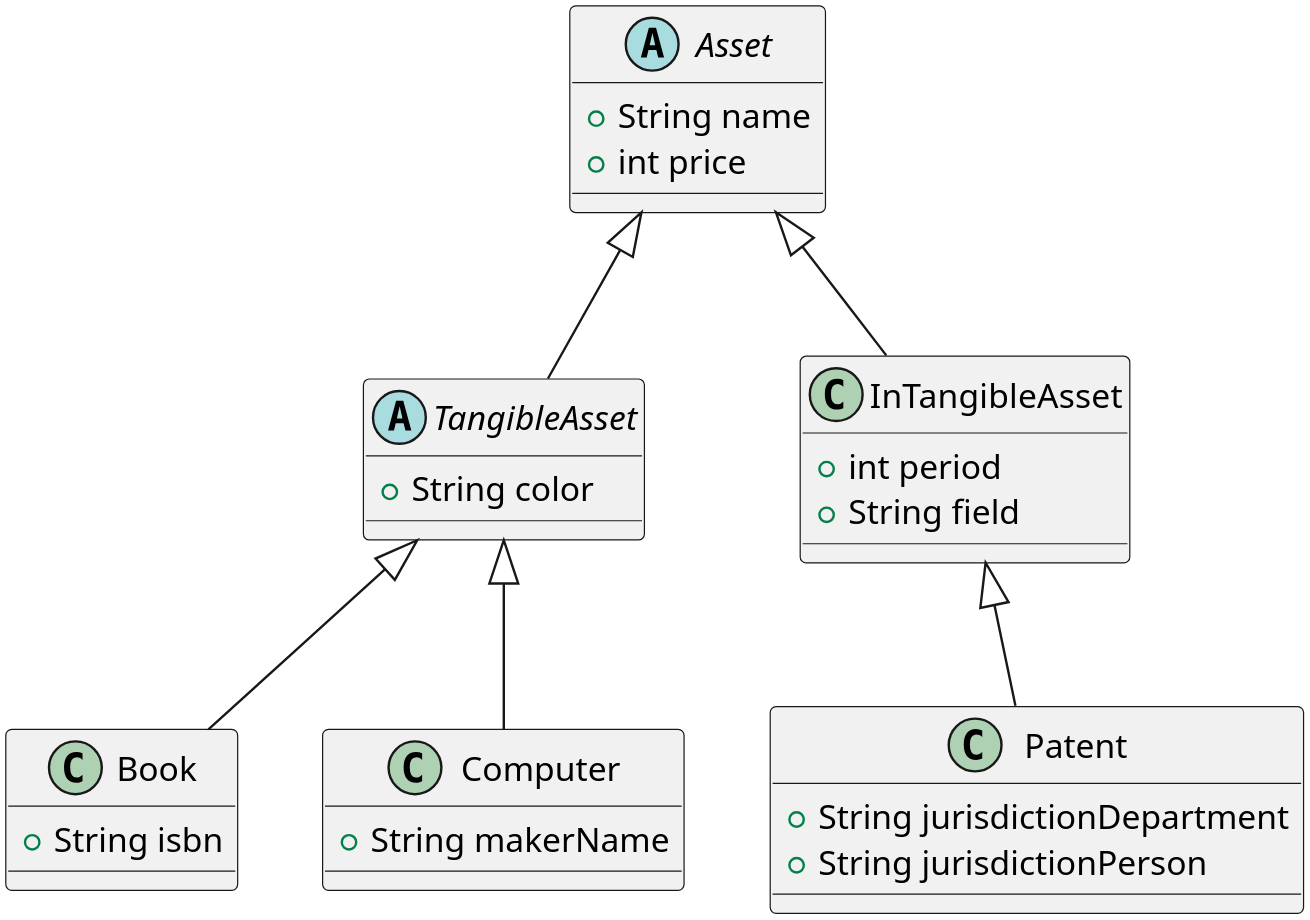
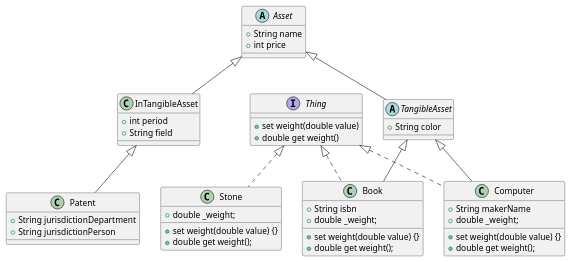
The diagram in lib/240313/diagram/asset_diagram.puml (orm-camp-flutter-2ki/learn_dart_together), drawn with PlantUML before and after one commit. The commit also changed 4 other files, not shown here.

```diff
--- a/lib/240313/diagram/asset_diagram.puml
+++ b/lib/240313/diagram/asset_diagram.puml
@@ -1,29 +1,45 @@
 @startuml Asset 
-scale 4
+scale 1
 abstract class Asset {
   +String name
   +int price  
 }
 abstract class TangibleAsset extends Asset {
   +String color
 
 }
 class InTangibleAsset extends Asset {
   +int period
   +String field
 
 }
 class Patent extends InTangibleAsset {
   +String jurisdictionDepartment
   +String jurisdictionPerson
 
 }
-class Book extends TangibleAsset {
+class Book extends TangibleAsset implements Thing {
   +String isbn
+  +double _weight;
 
+  +set weight(double value) {}
+  +double get weight();
 }
-class Computer extends TangibleAsset {
+class Computer extends TangibleAsset implements Thing {
   +String makerName
+  +double _weight;
 
+  +set weight(double value) {}
+  +double get weight();
+}
+class Stone implements Thing {  
+  +double _weight;
+
+  +set weight(double value) {}
+  +double get weight();
+}
+interface Thing {
+  +set weight(double value) 
+  +double get weight()
 }
 @enduml
```
